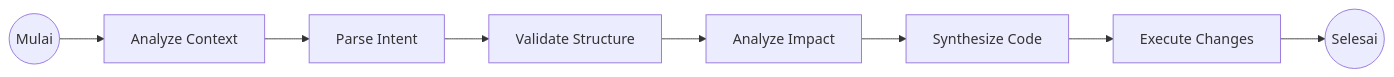
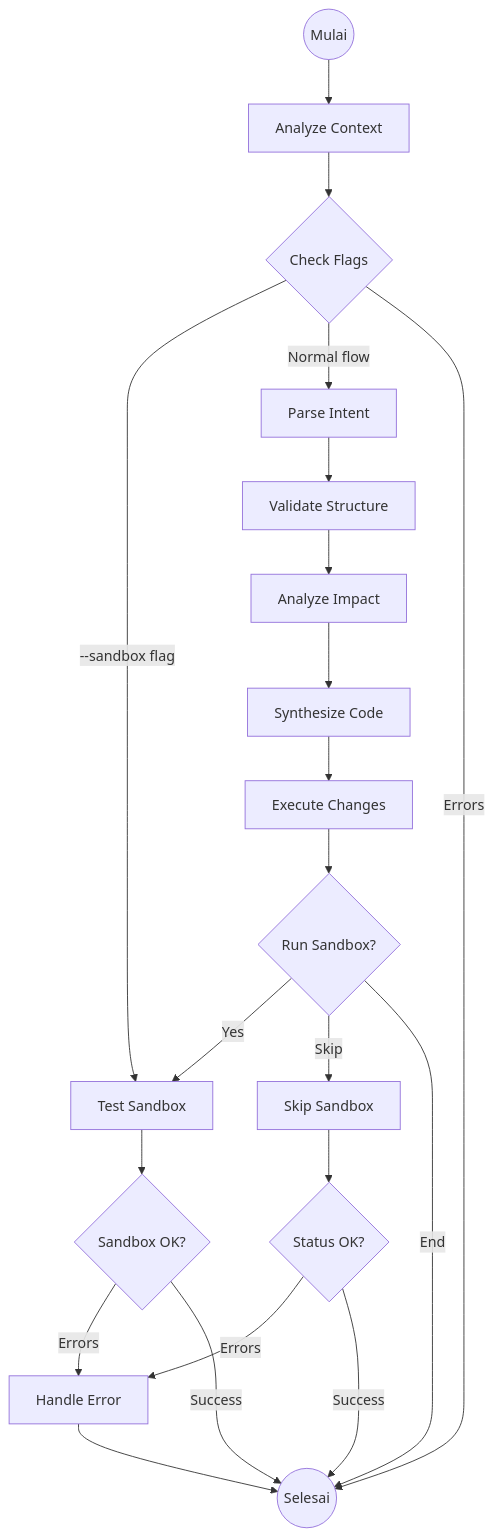
Before and after one commit to zeihanaulia/agent: the first of 9 diagrams in scripts/coding_agent/README.md, drawn with Mermaid. The commit also changed other lines of this file and 4 other files, not shown here.

First line of the commit message:
feat: Enhance multi-agent persona-based routing architecture and documentation

````diff
--- a/scripts/coding_agent/README.md
+++ b/scripts/coding_agent/README.md
@@ -129,10 +129,28 @@
 ```mermaid
-flowchart LR
+flowchart TD
     Start((Mulai)) --> Analyze[Analyze Context]
-    Analyze --> Intent[Parse Intent]
+    Analyze --> Decision1{Check Flags}
+    Decision1 -->|--sandbox flag| Sandbox[Test Sandbox]
+    Decision1 -->|Normal flow| Intent[Parse Intent]
+    Decision1 -->|Errors| End((Selesai))
+    
     Intent --> Struct[Validate Structure]
     Struct --> Impact[Analyze Impact]
     Impact --> Code[Synthesize Code]
     Code --> Exec[Execute Changes]
-    Exec --> End((Selesai))
+    
+    Exec --> Decision2{Run Sandbox?}
+    Decision2 -->|Yes| Sandbox
+    Decision2 -->|Skip| SkipSandbox[Skip Sandbox]
+    Decision2 -->|End| End
+    
+    Sandbox --> Decision3{Sandbox OK?}
+    Decision3 -->|Errors| HandleError[Handle Error]
+    Decision3 -->|Success| End
+    
+    SkipSandbox --> Decision4{Status OK?}
+    Decision4 -->|Errors| HandleError
+    Decision4 -->|Success| End
+    
+    HandleError --> End
 ```
````
